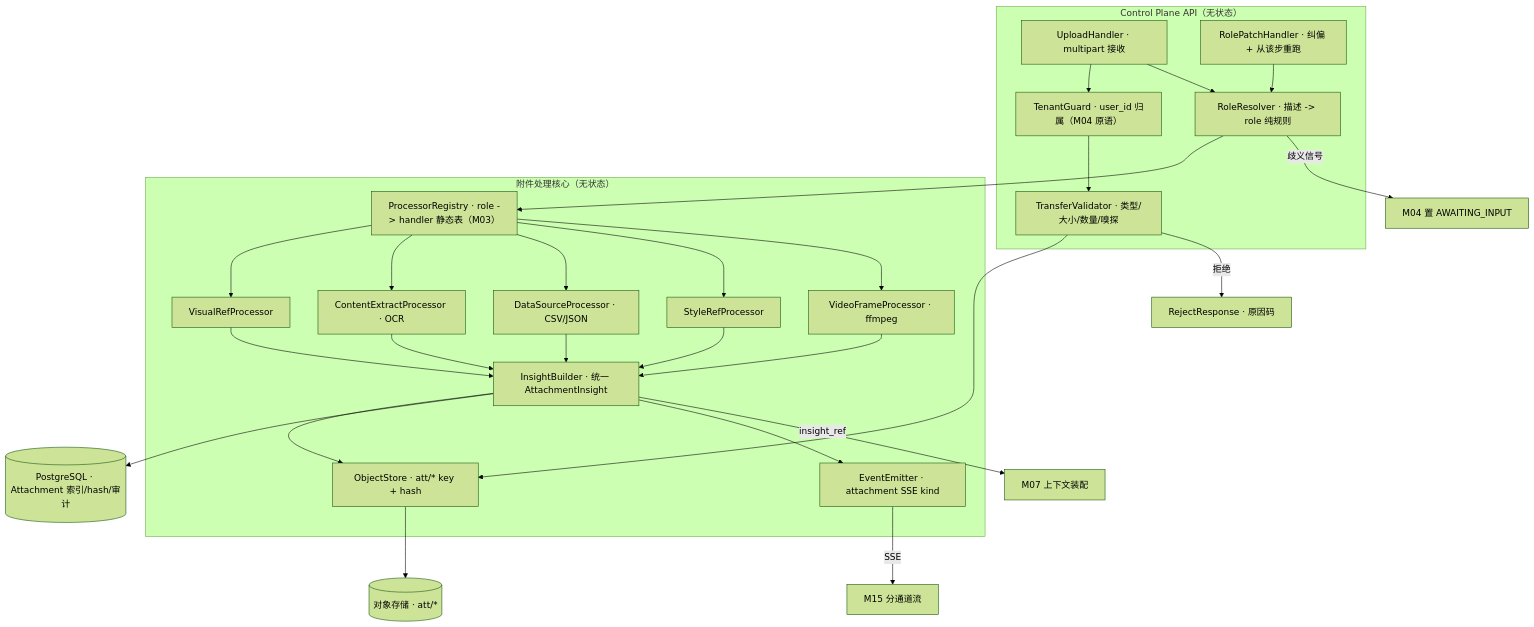
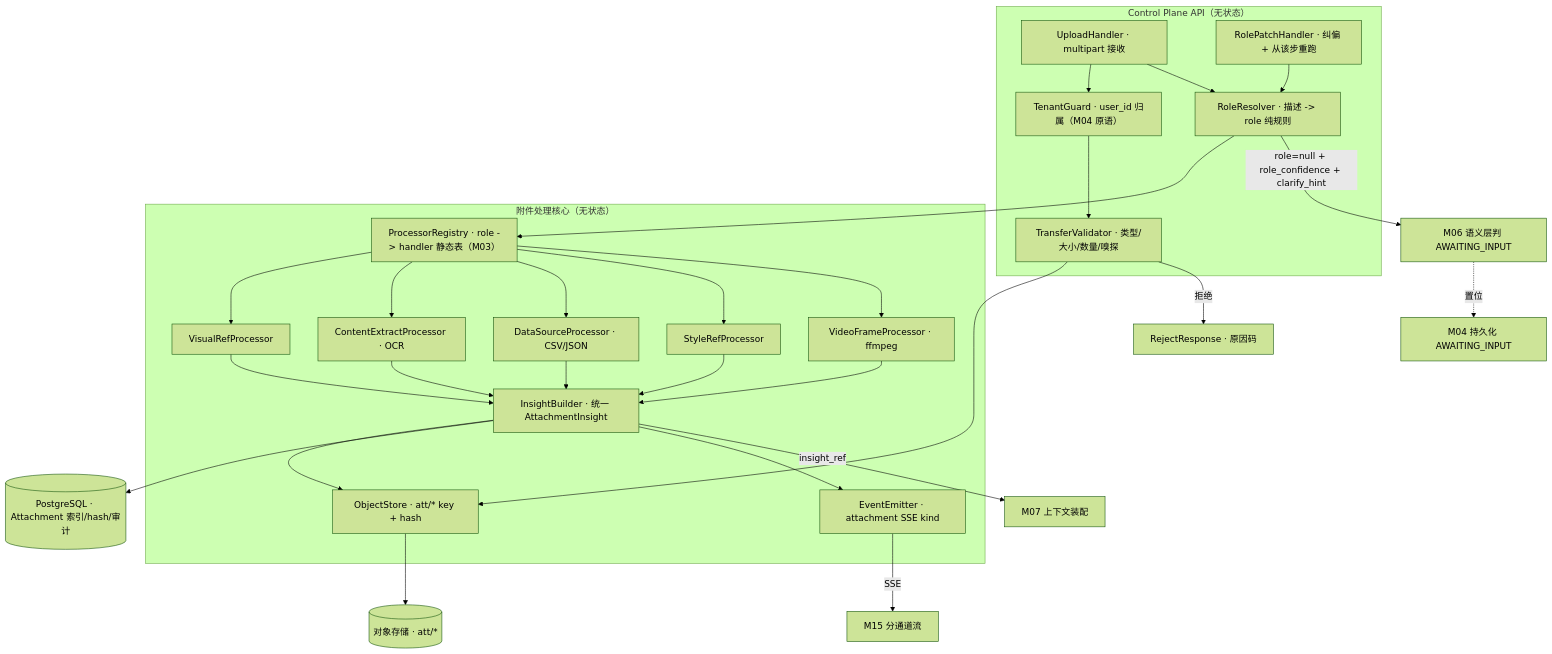
Before and after one commit to sao-lang/widget-pilot: the second of 3 diagrams in docs/modules/M05-附件处理域.md, drawn with Mermaid (forest theme). The commit also changed other lines of this file and 19 other files, not shown here.

````diff
--- a/docs/modules/M05-附件处理域.md
+++ b/docs/modules/M05-附件处理域.md
@@ -228,34 +228,35 @@
 ```mermaid
 flowchart TB
   subgraph API["Control Plane API（无状态）"]
     UP["UploadHandler · multipart 接收"]
     VAL["TransferValidator · 类型/大小/数量/嗅探"]
     ROLE["RoleResolver · 描述 -> role 纯规则"]
     PATCH["RolePatchHandler · 纠偏 + 从该步重跑"]
     ACL["TenantGuard · user_id 归属（M04 原语）"]
   end
   subgraph CORE["附件处理核心（无状态）"]
     STORE["ObjectStore · att/* key + hash"]
     REG["ProcessorRegistry · role -> handler 静态表（M03）"]
     P1["VisualRefProcessor"]
     P2["ContentExtractProcessor · OCR"]
     P3["DataSourceProcessor · CSV/JSON"]
     P4["StyleRefProcessor"]
     PV["VideoFrameProcessor · ffmpeg"]
     INS["InsightBuilder · 统一 AttachmentInsight"]
     EVT["EventEmitter · attachment SSE kind"]
   end
   PG[("PostgreSQL · Attachment 索引/hash/审计")]
   OBJ[("对象存储 · att/*")]
   UP --> ACL --> VAL --> STORE --> OBJ
   VAL -->|拒绝| REJ["RejectResponse · 原因码"]
   UP --> ROLE --> REG
   REG --> P1 & P2 & P3 & P4 & PV
   P1 & P2 & P3 & P4 & PV --> INS --> STORE
   INS --> PG
   INS --> EVT
   PATCH --> ROLE
   EVT -->|SSE| M15["M15 分通道流"]
   INS -->|insight_ref| M07["M07 上下文装配"]
-  ROLE -->|歧义信号| M04["M04 置 AWAITING_INPUT"]
+  ROLE -->|role=null + role_confidence + clarify_hint| M06["M06 语义层判 AWAITING_INPUT"]
+  M06 -.置位.-> M04["M04 持久化 AWAITING_INPUT"]
 ```
````
